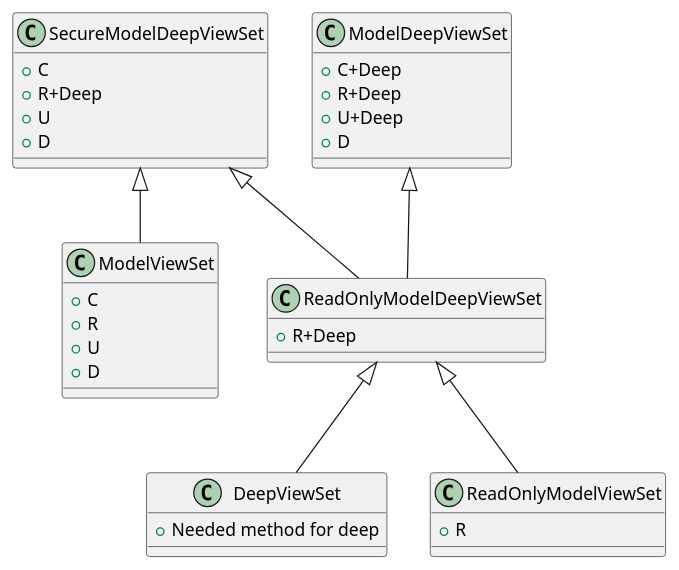
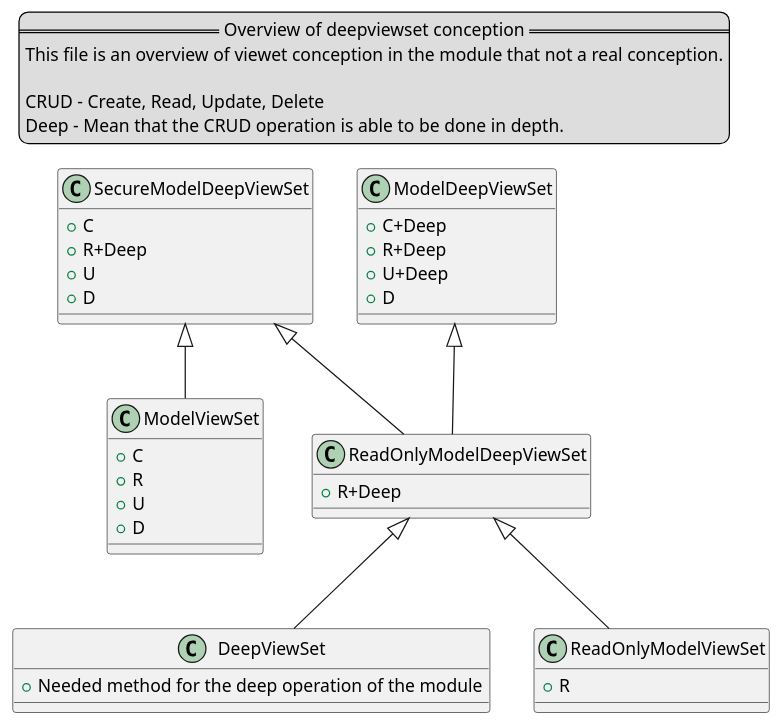
The diagram in DeepClass.plantuml (enzofrnt/djangorestframework-deepserializers), drawn with PlantUML before and after one commit.

Commit message:
Update DeepClass.plantuml
Ajustement about documentation

```diff
--- a/DeepClass.plantuml
+++ b/DeepClass.plantuml
@@ -1,38 +1,47 @@
-@startuml diagram_name
+@startuml deep_viewset_conception
+
+legend top left
+== Overview of deepviewset conception ==
+This file is an overview of viewet conception in the module that not a real conception.
+
+CRUD - Create, Read, Update, Delete
+Deep - Mean that the CRUD operation is able to be done in depth.
+endlegend
 
 class ModelViewSet {
     + C
     + R
     + U
     + D
 }
 class DeepViewSet {
-    + Needed method for deep
+    + Needed method for the deep operation of the module
 }
 class ReadOnlyModelViewSet {
     + R
 }
 class ReadOnlyModelDeepViewSet {
     + R+Deep
 }
 class ModelDeepViewSet {
     + C+Deep
     + R+Deep
     + U+Deep
     + D
 }
 class SecureModelDeepViewSet {
     + C
     + R+Deep
     + U
     + D
 }
 
 SecureModelDeepViewSet <|-- ModelViewSet
 SecureModelDeepViewSet <|-- ReadOnlyModelDeepViewSet
 
 ModelDeepViewSet <|-- ReadOnlyModelDeepViewSet
 
 ReadOnlyModelDeepViewSet <|-- ReadOnlyModelViewSet
 ReadOnlyModelDeepViewSet <|-- DeepViewSet
+
 @enduml
```
